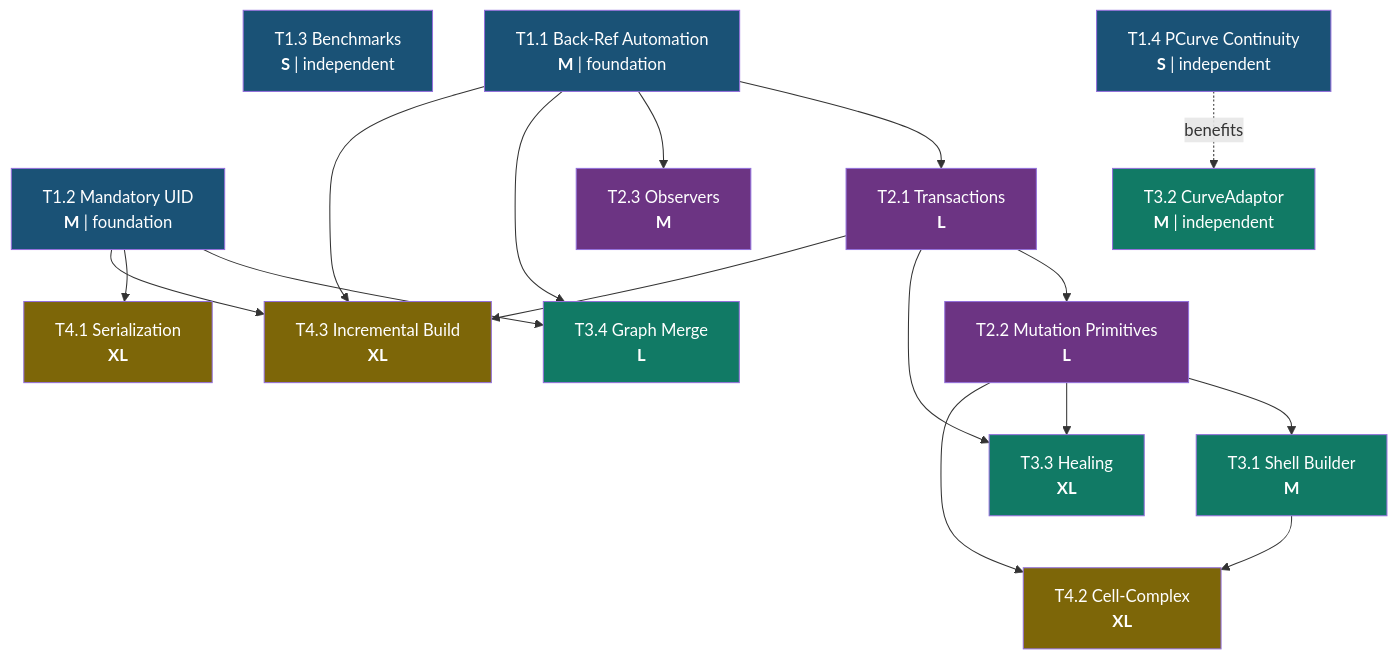
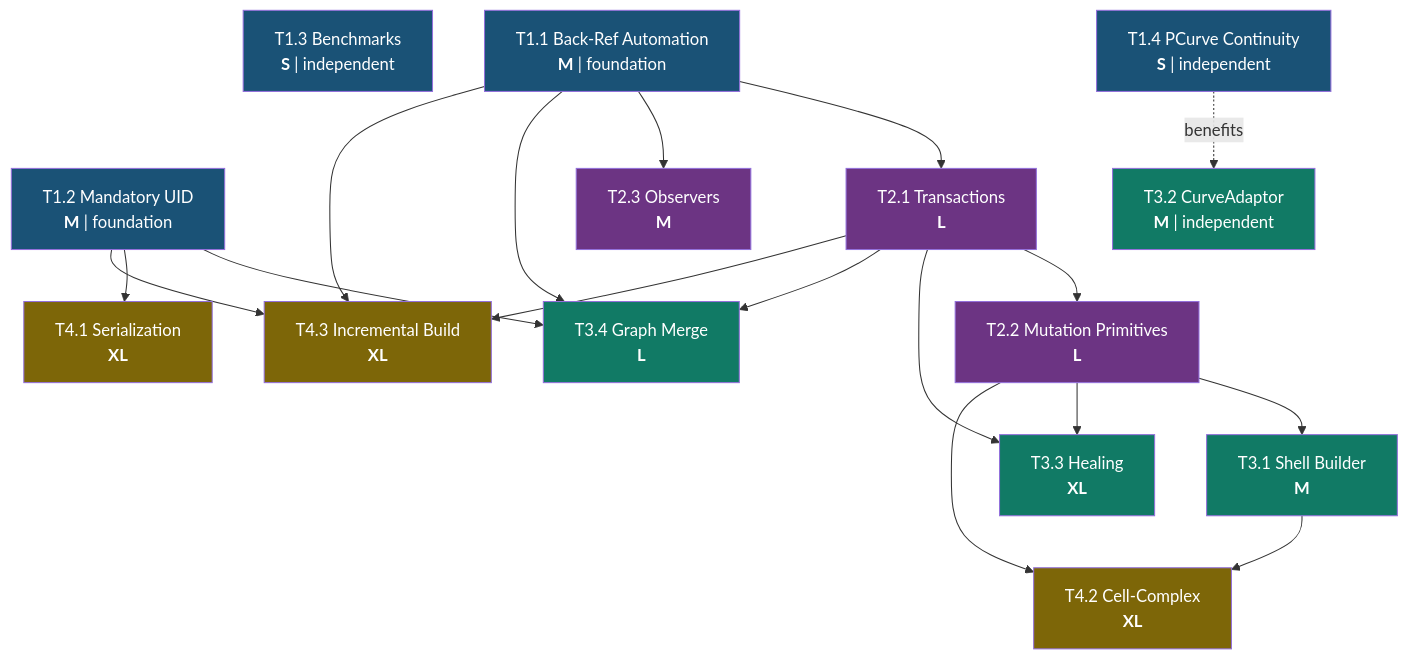
The third of 10 diagrams in src/ModelingData/TKBRep/BRepGraph/TODO.md (Open-Cascade-SAS/OCCT), drawn with Mermaid before and after one commit. The commit also changed other lines of this file, not shown here.

Commit message:
feat(TODO): Update dependency graph and complexity for BRepGraph improvements

````diff
--- a/src/ModelingData/TKBRep/BRepGraph/TODO.md
+++ b/src/ModelingData/TKBRep/BRepGraph/TODO.md
@@ -114,48 +114,49 @@
 ```mermaid
 graph TD
     T1_3["T1.3 Benchmarks<br/><b>S</b> | independent"]
     T1_4["T1.4 PCurve Continuity<br/><b>S</b> | independent"]
     T1_1["T1.1 Back-Ref Automation<br/><b>M</b> | foundation"]
     T1_2["T1.2 Mandatory UID<br/><b>M</b> | foundation"]
     T2_1["T2.1 Transactions<br/><b>L</b>"]
     T2_2["T2.2 Mutation Primitives<br/><b>L</b>"]
     T2_3["T2.3 Observers<br/><b>M</b>"]
     T3_1["T3.1 Shell Builder<br/><b>M</b>"]
     T3_2["T3.2 CurveAdaptor<br/><b>M</b> | independent"]
     T3_3["T3.3 Healing<br/><b>XL</b>"]
     T3_4["T3.4 Graph Merge<br/><b>L</b>"]
     T4_1["T4.1 Serialization<br/><b>XL</b>"]
     T4_2["T4.2 Cell-Complex<br/><b>XL</b>"]
     T4_3["T4.3 Incremental Build<br/><b>XL</b>"]
 
     T1_1 --> T2_1
     T1_1 --> T2_3
     T2_1 --> T2_2
     T2_2 --> T3_1
     T2_1 --> T3_3
     T2_2 --> T3_3
+    T2_1 --> T3_4
     T1_1 --> T3_4
     T1_2 --> T3_4
     T1_2 --> T4_1
     T3_1 --> T4_2
     T2_2 --> T4_2
     T1_1 --> T4_3
     T1_2 --> T4_3
     T2_1 --> T4_3
     T1_4 -.->|benefits| T3_2
 
     style T1_1 fill:#1a5276,color:#fff
     style T1_2 fill:#1a5276,color:#fff
     style T1_3 fill:#1a5276,color:#fff
     style T1_4 fill:#1a5276,color:#fff
     style T2_1 fill:#6c3483,color:#fff
     style T2_2 fill:#6c3483,color:#fff
     style T2_3 fill:#6c3483,color:#fff
     style T3_1 fill:#117a65,color:#fff
     style T3_2 fill:#117a65,color:#fff
     style T3_3 fill:#117a65,color:#fff
     style T3_4 fill:#117a65,color:#fff
     style T4_1 fill:#7d6608,color:#fff
     style T4_2 fill:#7d6608,color:#fff
     style T4_3 fill:#7d6608,color:#fff
 ```
````
